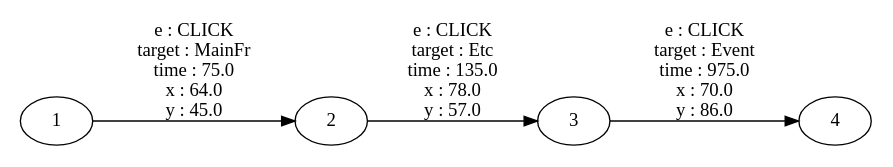
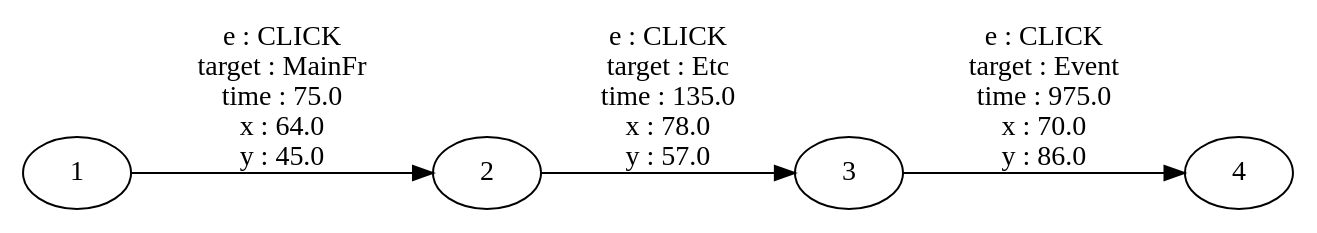
Before and after one commit to kyeongwook-ma/EFSM-visualizer: the diagram in EFSMVisualizer/out/User_1.dot, drawn with Graphviz. The commit also changed 2 other files, not shown here.

```diff
--- a/EFSMVisualizer/out/User_1.dot
+++ b/EFSMVisualizer/out/User_1.dot
@@ -1,3 +1,3 @@
 digraph {
-size="6,6"rankdir="LR"
+rankdir="LR"
 1->2[label=" e : CLICK\n target : MainFr\n time : 75.0\n x : 64.0\n y : 45.0"];2->3[label=" e : CLICK\n target : Etc\n time : 135.0\n x : 78.0\n y : 57.0"];3->4[label=" e : CLICK\n target : Event\n time : 975.0\n x : 70.0\n y : 86.0"];}
```
